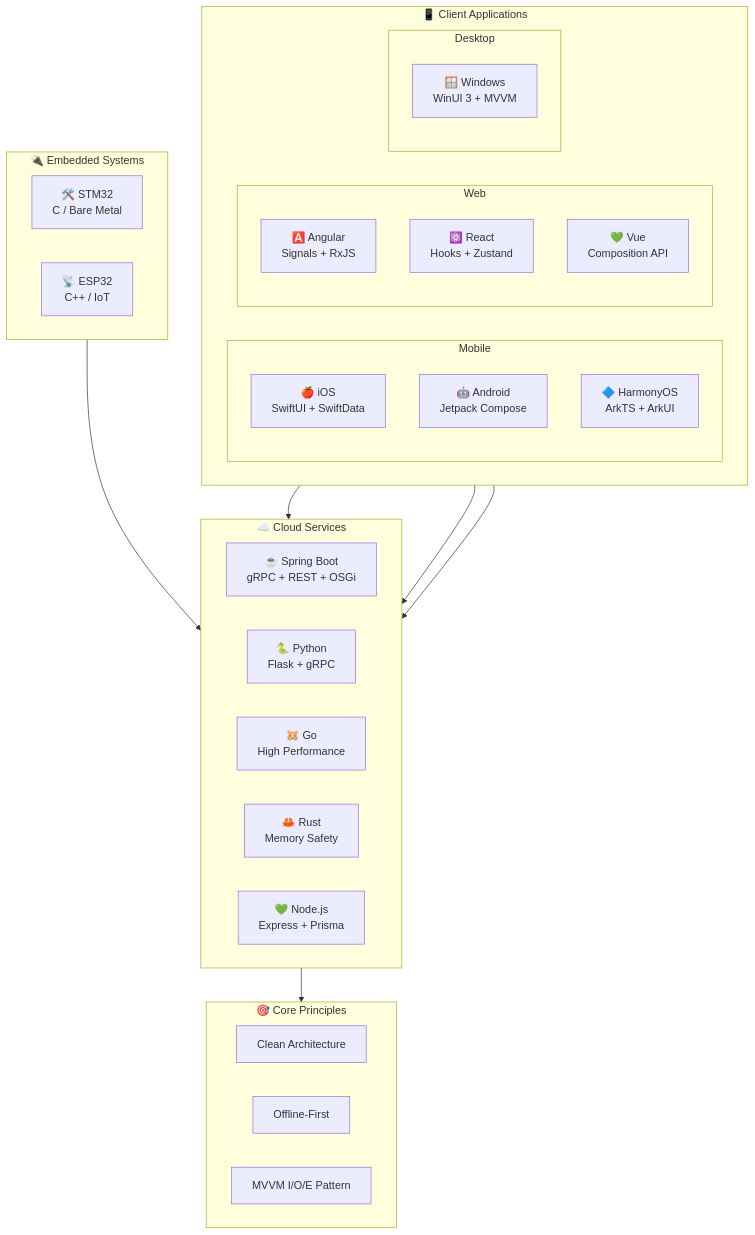
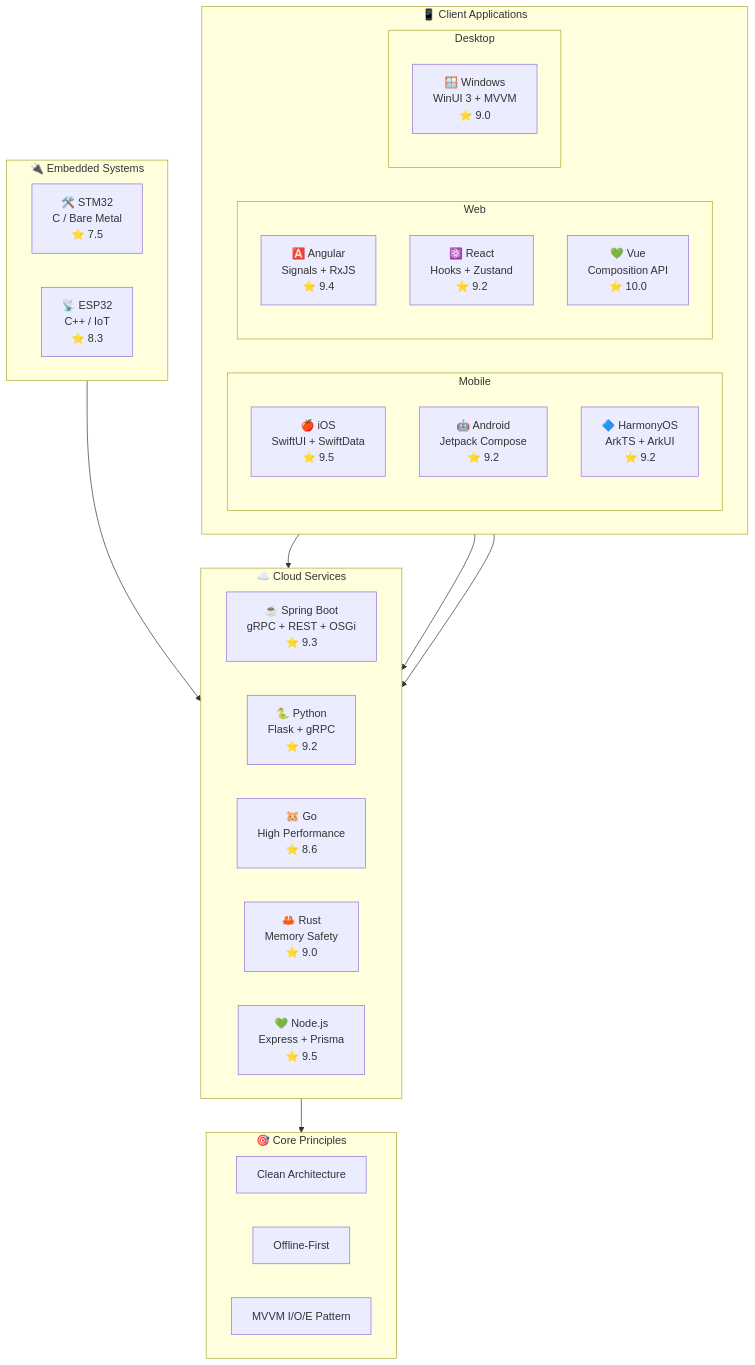
One commit to jrjohn/jrjohn changed the diagram in README.md. Above: the diagram before and after it, drawn with Mermaid.

Commit message:
feat: add Architecture Rating scores to Mermaid diagram
Each platform node now shows its Architecture Rating (X.X/10).
Also evaluated and updated ESP32 (8.3) and Vue (10.0) repos.

````diff
--- a/README.md
+++ b/README.md
@@ -18,61 +18,61 @@
 ```mermaid
 flowchart TB
     subgraph Client["📱 Client Applications"]
         direction LR
         subgraph Mobile["Mobile"]
-            iOS["🍎 iOS<br>SwiftUI + SwiftData"]
-            Android["🤖 Android<br>Jetpack Compose"]
-            HarmonyOS["🔷 HarmonyOS<br>ArkTS + ArkUI"]
+            iOS["🍎 iOS<br>SwiftUI + SwiftData<br>⭐ 9.5"]
+            Android["🤖 Android<br>Jetpack Compose<br>⭐ 9.2"]
+            HarmonyOS["🔷 HarmonyOS<br>ArkTS + ArkUI<br>⭐ 9.2"]
         end
         subgraph Web["Web"]
-            Angular["🅰️ Angular<br>Signals + RxJS"]
-            React["⚛️ React<br>Hooks + Zustand"]
-            Vue["💚 Vue<br>Composition API"]
+            Angular["🅰️ Angular<br>Signals + RxJS<br>⭐ 9.4"]
+            React["⚛️ React<br>Hooks + Zustand<br>⭐ 9.2"]
+            Vue["💚 Vue<br>Composition API<br>⭐ 10.0"]
         end
         subgraph Desktop["Desktop"]
-            Windows["🪟 Windows<br>WinUI 3 + MVVM"]
+            Windows["🪟 Windows<br>WinUI 3 + MVVM<br>⭐ 9.0"]
         end
     end
 
     subgraph Embedded["🔌 Embedded Systems"]
         direction LR
-        STM32["🛠️ STM32<br>C / Bare Metal"]
-        ESP32["📡 ESP32<br>C++ / IoT"]
+        STM32["🛠️ STM32<br>C / Bare Metal<br>⭐ 7.5"]
+        ESP32["📡 ESP32<br>C++ / IoT<br>⭐ 8.3"]
     end
 
     subgraph Cloud["☁️ Cloud Services"]
         direction LR
-        SpringBoot["☕ Spring Boot<br>gRPC + REST + OSGi"]
-        Python["🐍 Python<br>Flask + gRPC"]
-        Go["🐹 Go<br>High Performance"]
-        Rust["🦀 Rust<br>Memory Safety"]
-        NodeJS["💚 Node.js<br>Express + Prisma"]
+        SpringBoot["☕ Spring Boot<br>gRPC + REST + OSGi<br>⭐ 9.3"]
+        Python["🐍 Python<br>Flask + gRPC<br>⭐ 9.2"]
+        Go["🐹 Go<br>High Performance<br>⭐ 8.6"]
+        Rust["🦀 Rust<br>Memory Safety<br>⭐ 9.0"]
+        NodeJS["💚 Node.js<br>Express + Prisma<br>⭐ 9.5"]
     end
 
     subgraph Core["🎯 Core Principles"]
         CA["Clean Architecture"]
         OF["Offline-First"]
         MVVM["MVVM I/O/E Pattern"]
     end
 
     Mobile --> Cloud
     Web --> Cloud
     Desktop --> Cloud
     Embedded --> Cloud
     Cloud --> Core
 
     click iOS "https://github.com/jrjohn/arcana-ios" _blank
     click Android "https://github.com/jrjohn/arcana-android" _blank
     click HarmonyOS "https://github.com/jrjohn/arcana-harmonyos" _blank
     click Angular "https://github.com/jrjohn/arcana-angular" _blank
     click React "https://github.com/jrjohn/arcana-react" _blank
     click Vue "https://github.com/jrjohn/arcana-vue" _blank
     click Windows "https://github.com/jrjohn/arcana-windows" _blank
     click STM32 "https://github.com/jrjohn/arcana-embedded-stm32" _blank
     click ESP32 "https://github.com/jrjohn/arcana-embedded-esp32" _blank
     click SpringBoot "https://github.com/jrjohn/arcana-cloud-springboot" _blank
     click Python "https://github.com/jrjohn/arcana-cloud-python" _blank
     click Go "https://github.com/jrjohn/arcana-cloud-go" _blank
     click Rust "https://github.com/jrjohn/arcana-cloud-rust" _blank
     click NodeJS "https://github.com/jrjohn/arcana-cloud-nodejs" _blank
 ```
````
